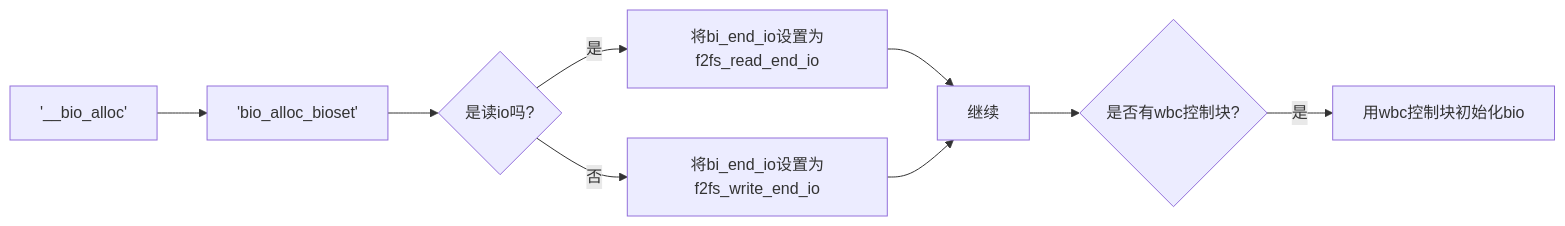
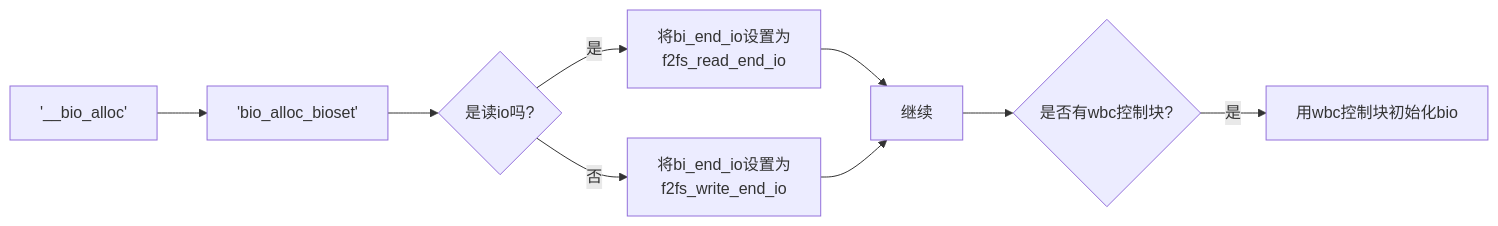
The first of 3 diagrams in 6.13.1内核文档注释/fs/f2fs/data.c/README.md (sigmanature/learn_os_note), drawn with Mermaid before and after one commit. The commit also changed other lines of this file and 8 other files, not shown here.

````diff
--- a/6.13.1内核文档注释/fs/f2fs/data.c/README.md
+++ b/6.13.1内核文档注释/fs/f2fs/data.c/README.md
@@ -5,8 +5,8 @@
 ```mermaid
 graph LR
 A['__bio_alloc']-->B['bio_alloc_bioset']-->C{是读io吗?}
-C--是-->D[将bi_end_io设置为f2fs_read_end_io]
-C--否-->E[将bi_end_io设置为f2fs_write_end_io]
+C--是-->D[将bi_end_io设置为<br>f2fs_read_end_io]
+C--否-->E[将bi_end_io设置为<br>f2fs_write_end_io]
 D-->继续
 E-->继续-->F{是否有wbc控制块?}--是-->G[用wbc控制块初始化bio]
 ```
````
